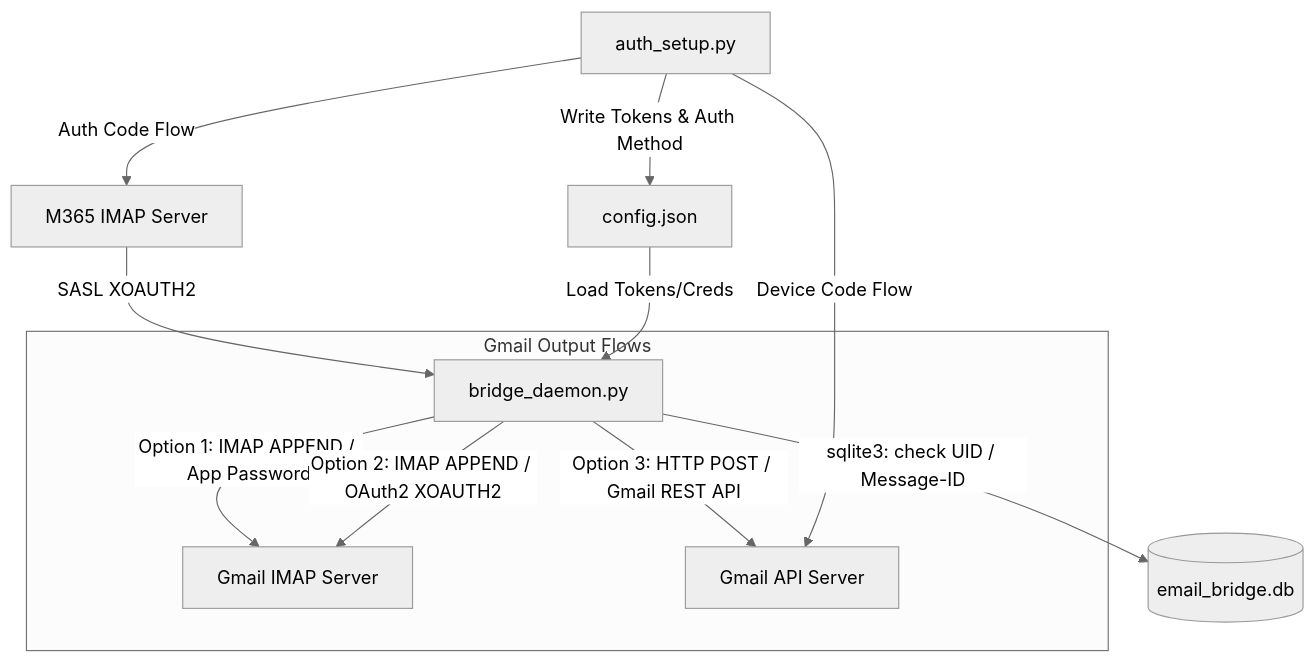
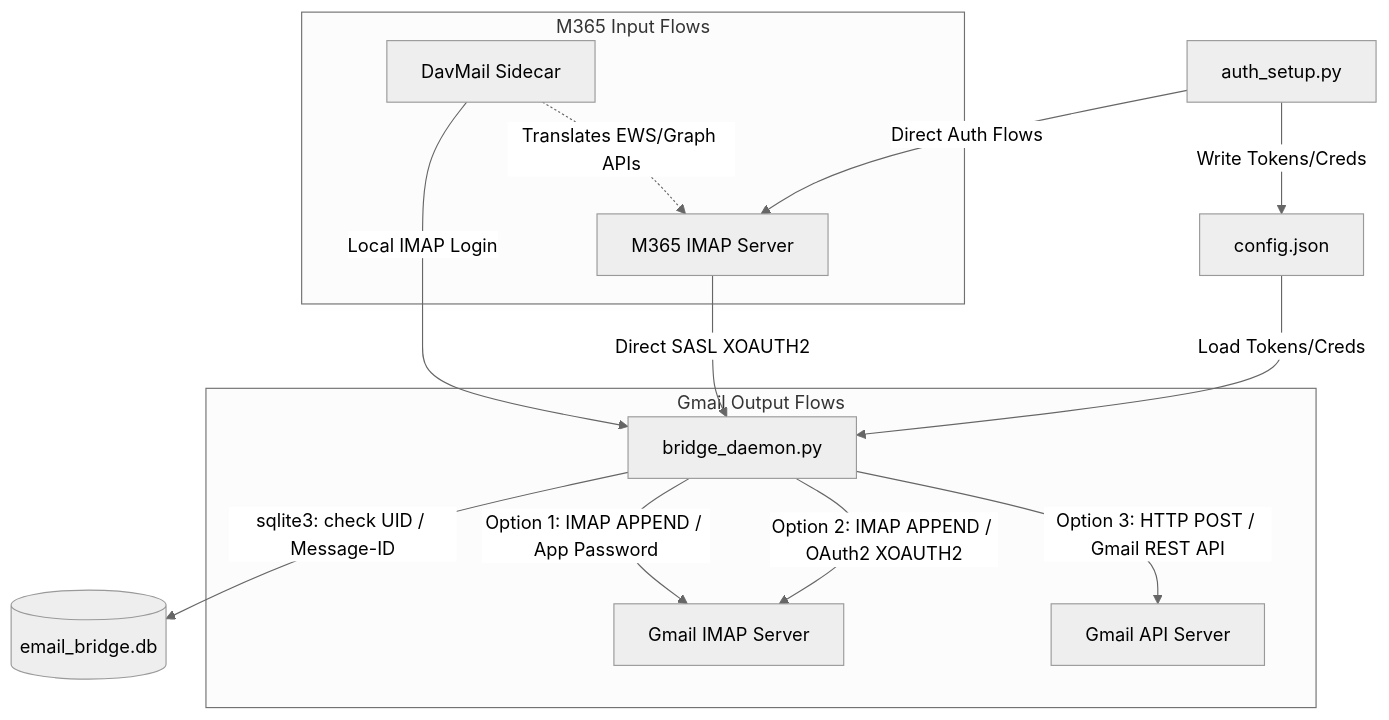
Before and after one commit to mabino/mirrormail: the diagram in README.md, drawn with Mermaid (neutral theme). The commit also changed other lines of this file and 5 other files, not shown here.

First line of the commit message:
Add support for DavMail sidecar proxy authentication for M365

````diff
--- a/README.md
+++ b/README.md
@@ -39,16 +39,22 @@
 ```mermaid
 graph TD
-    A[M365 IMAP Server] -->|SASL XOAUTH2| B[bridge_daemon.py]
+    subgraph M365 Input Flows
+        A1[M365 IMAP Server]
+        A2[DavMail Sidecar]
+    end
+
+    A1 -->|Direct SASL XOAUTH2| B[bridge_daemon.py]
+    A2 -->|Local IMAP Login| B
     C[config.json] -->|Load Tokens/Creds| B
     B -->|sqlite3: check UID / Message-ID| D[(email_bridge.db)]
     
     subgraph Gmail Output Flows
         B -->|Option 1: IMAP APPEND / App Password| E1[Gmail IMAP Server]
         B -->|Option 2: IMAP APPEND / OAuth2 XOAUTH2| E1
         B -->|Option 3: HTTP POST / Gmail REST API| E2[Gmail API Server]
     end
 
-    F[auth_setup.py] -->|Auth Code Flow| A
-    F -->|Device Code Flow| E2
-    F -->|Write Tokens & Auth Method| C
+    F[auth_setup.py] -->|Direct Auth Flows| A1
+    F -->|Write Tokens/Creds| C
+    A2 -.->|Translates EWS/Graph APIs| A1
 ```
````
